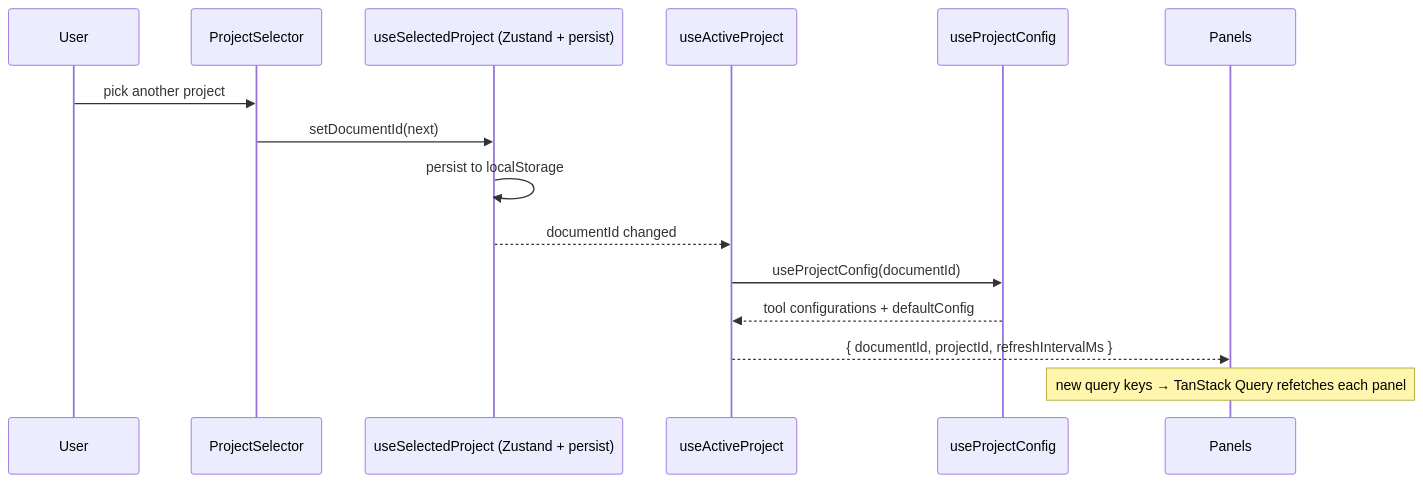
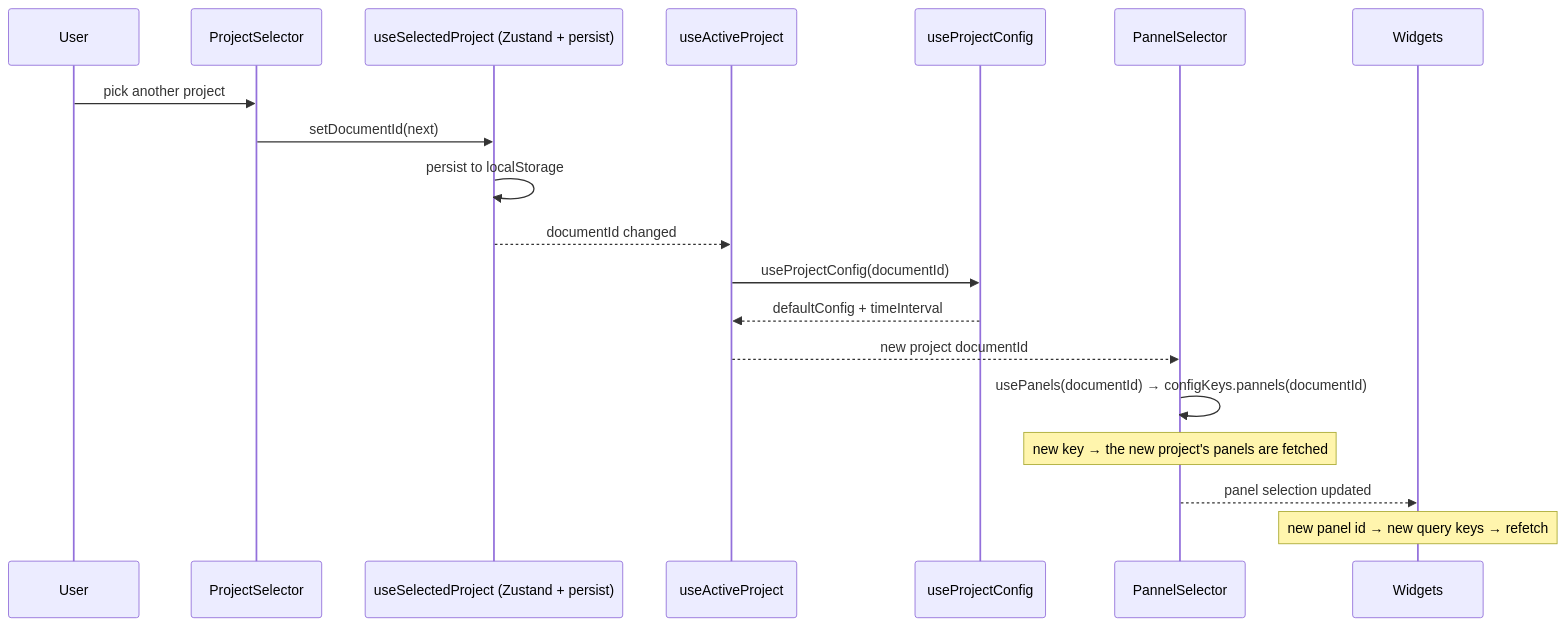
Before and after one commit to webteamuxco/dashboard-monitor: the seventh of 11 diagrams in apps/docs-site/docs/data-flow.md, drawn with Mermaid. The commit also changed other lines of this file and 27 other files, not shown here.

````diff
--- a/apps/docs-site/docs/data-flow.md
+++ b/apps/docs-site/docs/data-flow.md
@@ -178,18 +232,22 @@
 ```mermaid
 sequenceDiagram
     participant User
     participant Selector as ProjectSelector
     participant Store as useSelectedProject (Zustand + persist)
     participant Active as useActiveProject
     participant Cfg as useProjectConfig
-    participant Panels
+    participant PanelSel as PannelSelector
+    participant Widgets
 
     User->>Selector: pick another project
     Selector->>Store: setDocumentId(next)
     Store->>Store: persist to localStorage
     Store-->>Active: documentId changed
     Active->>Cfg: useProjectConfig(documentId)
-    Cfg-->>Active: tool configurations + defaultConfig
-    Active-->>Panels: { documentId, projectId, refreshIntervalMs }
-    Note over Panels: new query keys → TanStack Query refetches each panel
+    Cfg-->>Active: defaultConfig + timeInterval
+    Active-->>PanelSel: new project documentId
+    PanelSel->>PanelSel: usePanels(documentId) → configKeys.pannels(documentId)
+    Note over PanelSel: new key → the new project's panels are fetched
+    PanelSel-->>Widgets: panel selection updated
+    Note over Widgets: new panel id → new query keys → refetch
 ```
````
